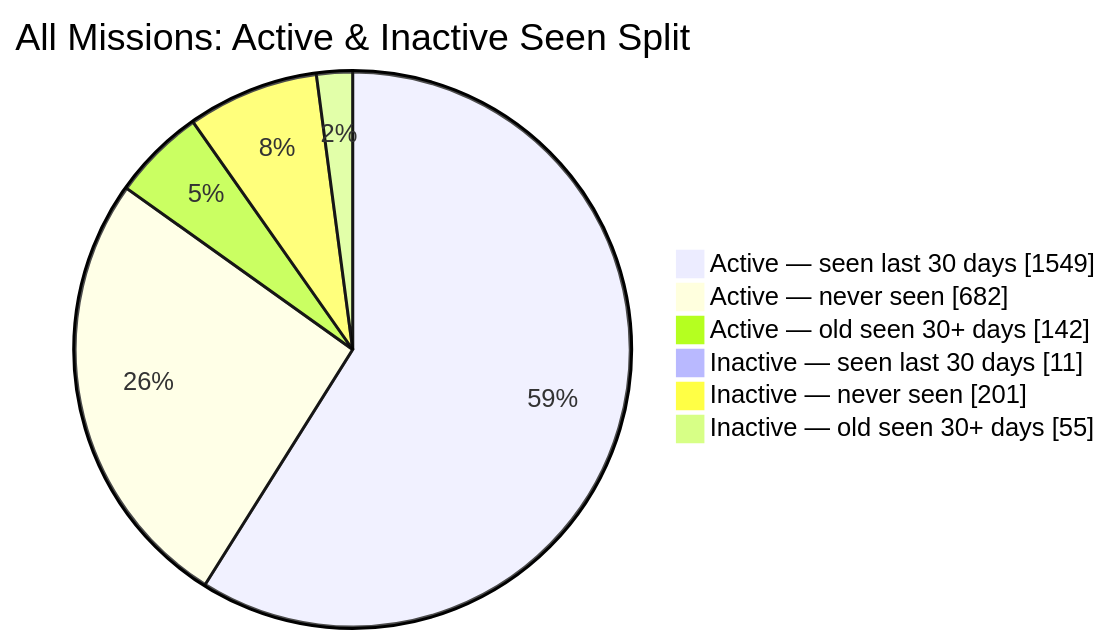
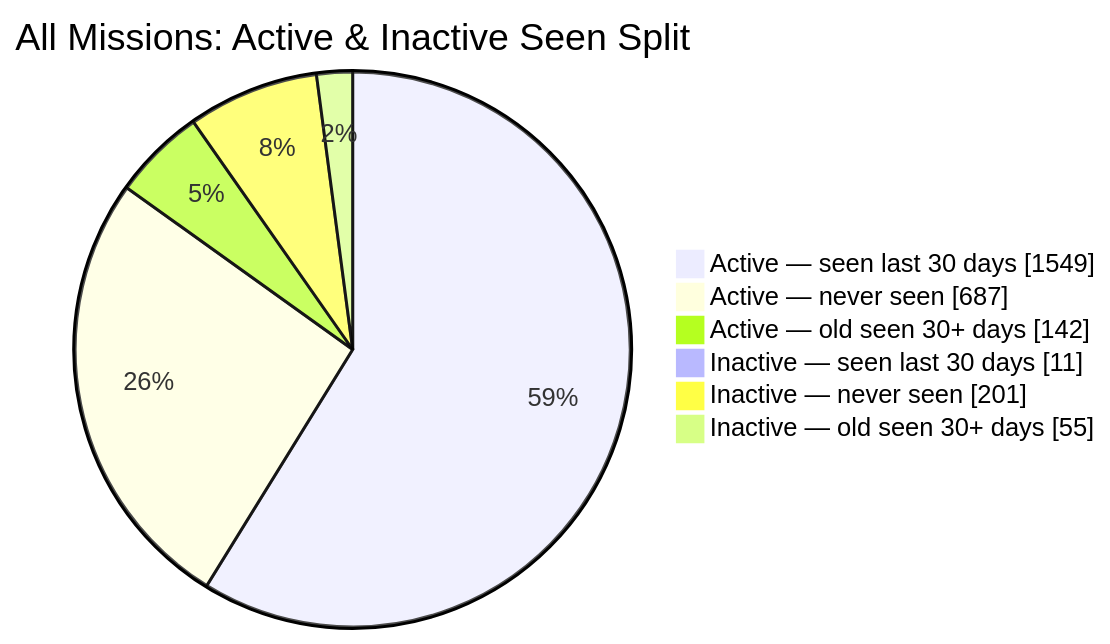
One commit to MeldkamerspelGameTeam/active-missions changed the second of 2 diagrams in README.md. Above: the diagram before and after it, drawn with Mermaid. The commit also changed other lines of this file and 4 other files, not shown here.

````diff
--- a/README.md
+++ b/README.md
@@ -44,10 +44,10 @@
 ```mermaid
 pie showData
     title All Missions: Active & Inactive Seen Split
     "Active — seen last 30 days" : 1549
-    "Active — never seen" : 682
+    "Active — never seen" : 687
     "Active — old seen 30+ days" : 142
     "Inactive — seen last 30 days" : 11
     "Inactive — never seen" : 201
     "Inactive — old seen 30+ days" : 55
 ```
````
